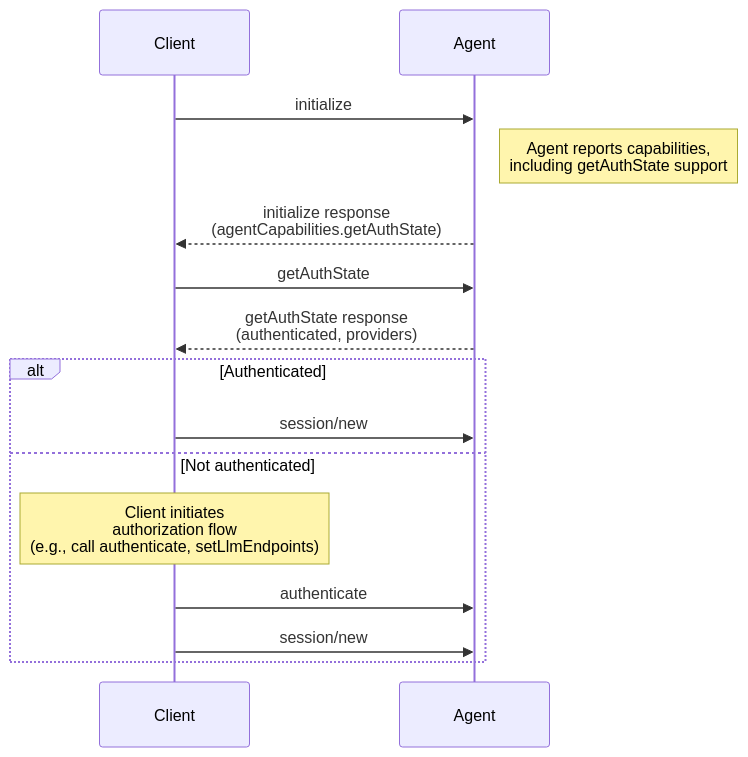
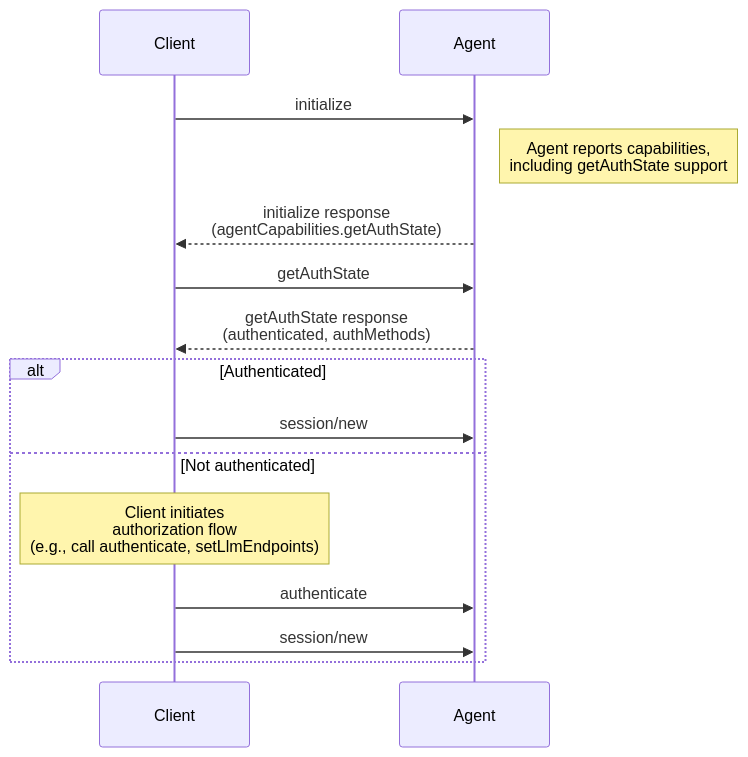
One commit to agentclientprotocol/agent-client-protocol changed the diagram in docs/rfds/get-auth-state.mdx. Above: the diagram before and after it, drawn with Mermaid. The commit also changed other lines of this file, not shown here.

Commit message:
docs: address review feedback for getAuthState RFD

````diff
--- a/docs/rfds/get-auth-state.mdx
+++ b/docs/rfds/get-auth-state.mdx
@@ -51,20 +49,20 @@
 ```mermaid
 sequenceDiagram
     participant Client
     participant Agent
 
     Client->>Agent: initialize
     Note right of Agent: Agent reports capabilities,<br/>including getAuthState support
     Agent-->>Client: initialize response<br/>(agentCapabilities.getAuthState)
 
     Client->>Agent: getAuthState
-    Agent-->>Client: getAuthState response<br/>(authenticated, providers)
+    Agent-->>Client: getAuthState response<br/>(authenticated, authMethods)
 
     alt Authenticated
         Client->>Agent: session/new
     else Not authenticated
         Note over Client: Client initiates<br/>authorization flow<br/>(e.g., call authenticate, setLlmEndpoints)
         Client->>Agent: authenticate
         Client->>Agent: session/new
     end
 ```
````
